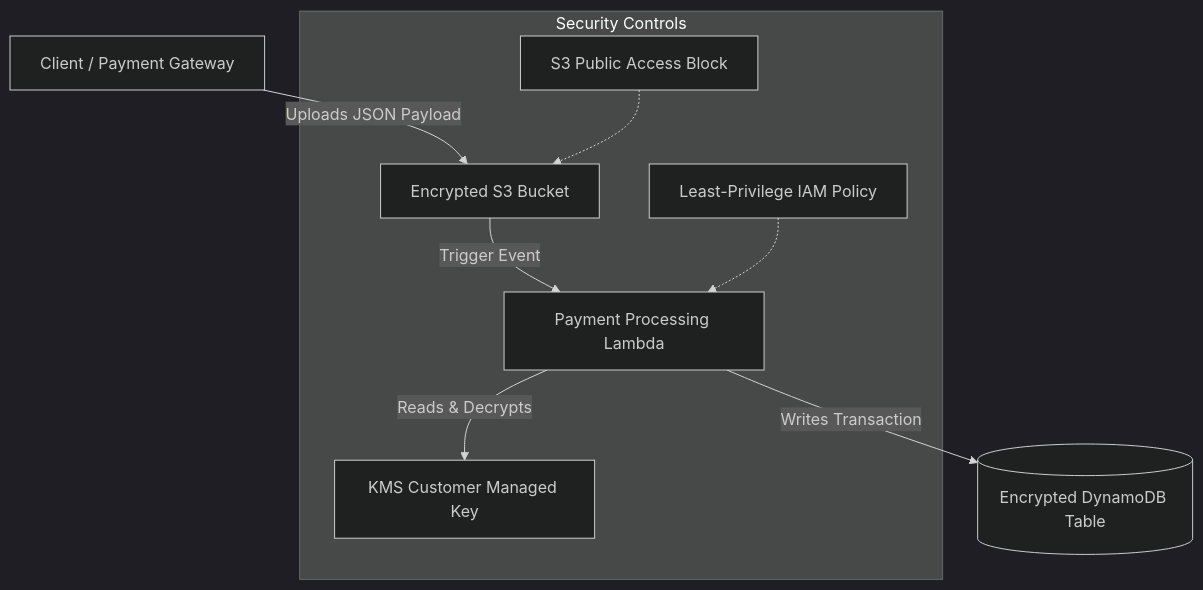
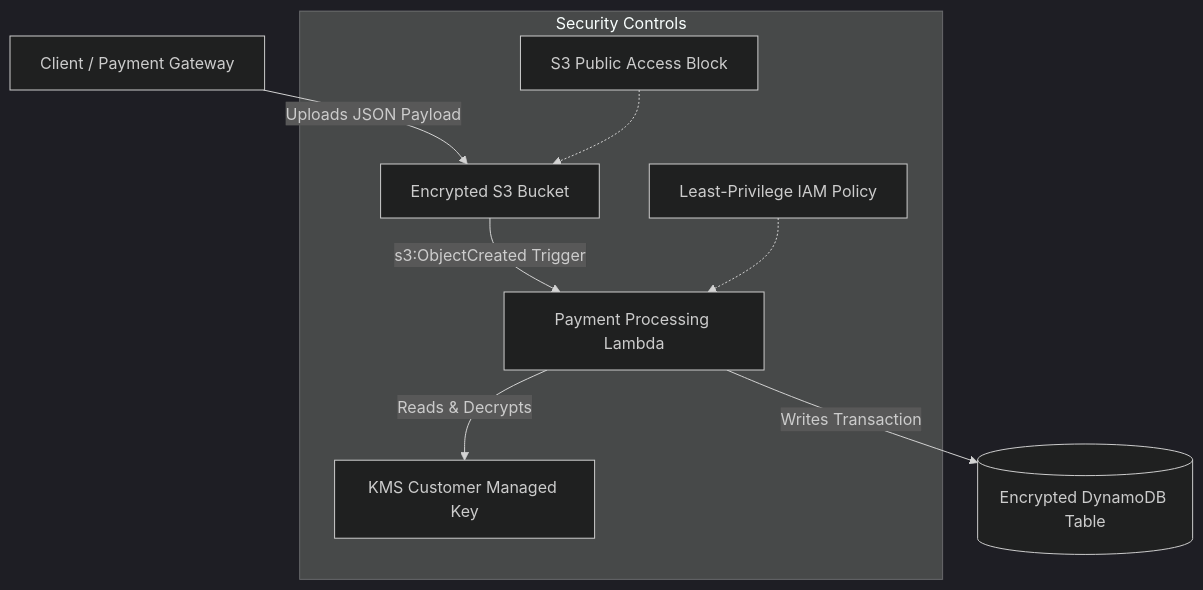
One commit to raghavendra2006/Secure-AWS-Payments-API changed the diagram in README.md. Above: the diagram before and after it, drawn with Mermaid (dark theme). The commit also changed other lines of this file and 6 other files, not shown here.

````diff
--- a/README.md
+++ b/README.md
@@ -11,13 +11,13 @@
 ```mermaid
 graph TD
     Client[Client / Payment Gateway] -->|Uploads JSON Payload| S3[Encrypted S3 Bucket]
-    S3 -->|Trigger Event| Lambda[Payment Processing Lambda]
+    S3 -->|s3:ObjectCreated Trigger| Lambda[Payment Processing Lambda]
     Lambda -->|Reads & Decrypts| KMS[KMS Customer Managed Key]
     Lambda -->|Writes Transaction| DynamoDB[(Encrypted DynamoDB Table)]
     
     subgraph Security Controls
         KMS
         PAB[S3 Public Access Block] -.-> S3
         IAM[Least-Privilege IAM Policy] -.-> Lambda
     end
 ```
````
